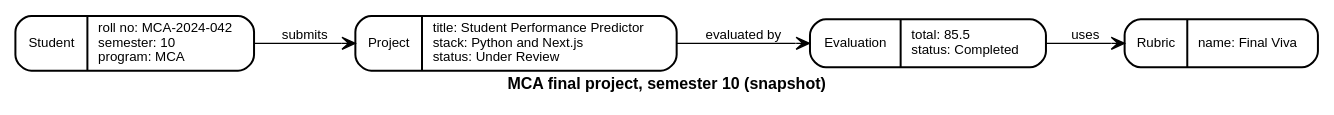
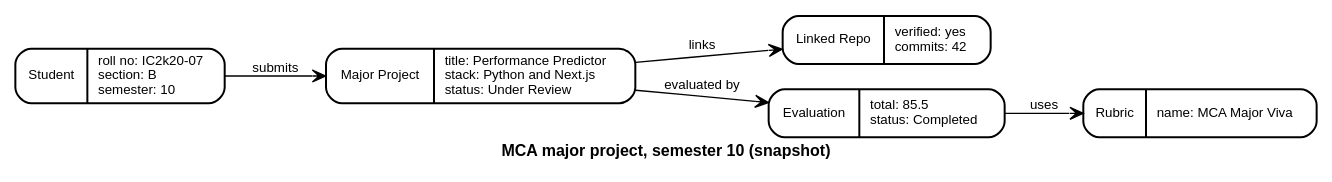
One commit to akshita777/iips-ug-pg-project-repository-system changed the diagram in docs/diagrams/08-object-sem10.dot. Above: the diagram before and after it, drawn with Graphviz. The commit also changed 17 other files, not shown here.

First line of the commit message:
Diagrams updated to the agreed domain model

```diff
--- a/docs/diagrams/08-object-sem10.dot
+++ b/docs/diagrams/08-object-sem10.dot
@@ -1,21 +1,23 @@
 digraph object_sem10 {
   rankdir=LR;
   bgcolor="white";
   fontname="Helvetica";
-  label="MCA final project, semester 10 (snapshot)";
+  label="MCA major project, semester 10 (snapshot)";
   fontname="Helvetica-Bold";
   fontsize=12;
 
   node [fontname="Helvetica", fontsize=10, shape=record, style="rounded,filled",
         fillcolor="white", color="black", penwidth=1.5];
   edge [fontname="Helvetica", fontsize=10, color="black", arrowhead="vee"];
 
-  s2 [label="{Student|roll no: MCA-2024-042\l semester: 10\l program: MCA\l}"];
-  p2 [label="{Project|title: Student Performance Predictor\l stack: Python and Next.js\l status: Under Review\l}"];
+  s2 [label="{Student|roll no: IC2k20-07\l section: B\l semester: 10\l}"];
+  p2 [label="{Major Project|title: Performance Predictor\l stack: Python and Next.js\l status: Under Review\l}"];
+  repo [label="{Linked Repo|verified: yes\l commits: 42\l}"];
   e1 [label="{Evaluation|total: 85.5\l status: Completed\l}"];
-  r1 [label="{Rubric|name: Final Viva\l}"];
+  r1 [label="{Rubric|name: MCA Major Viva\l}"];
 
   s2 -> p2 [label="submits"];
+  p2 -> repo [label="links"];
   p2 -> e1 [label="evaluated by"];
   e1 -> r1 [label="uses"];
 }
```
